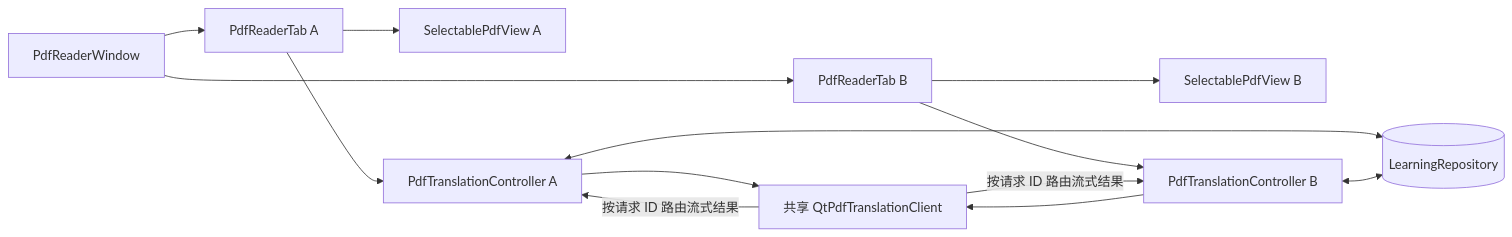
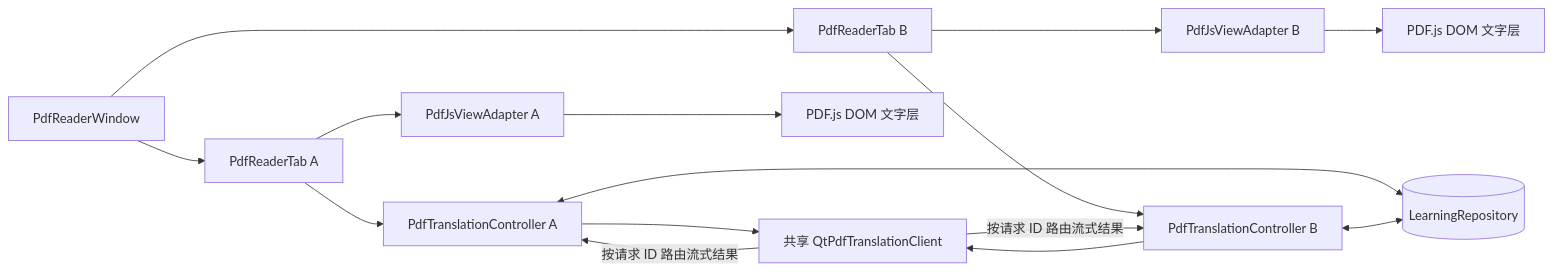
One commit to renshengrumeng1st/LinguaSpark changed the second of 2 diagrams in docs/ARCHITECTURE.md. Above: the diagram before and after it, drawn with Mermaid. The commit also changed other lines of this file and 422 other files, not shown here.

````diff
--- a/docs/ARCHITECTURE.md
+++ b/docs/ARCHITECTURE.md
@@ -22,15 +22,17 @@
 ```mermaid
 flowchart LR
     W[PdfReaderWindow] --> T1[PdfReaderTab A]
     W --> T2[PdfReaderTab B]
-    T1 --> V1[SelectablePdfView A]
-    T2 --> V2[SelectablePdfView B]
+    T1 --> V1[PdfJsViewAdapter A]
+    T2 --> V2[PdfJsViewAdapter B]
+    V1 --> J1[PDF.js DOM 文字层]
+    V2 --> J2[PDF.js DOM 文字层]
     T1 --> P1[PdfTranslationController A]
     T2 --> P2[PdfTranslationController B]
     P1 --> C[共享 QtPdfTranslationClient]
     P2 --> C
     C -->|按请求 ID 路由流式结果| P1
     C -->|按请求 ID 路由流式结果| P2
     P1 <--> R[(LearningRepository)]
     P2 <--> R
 ```
````
